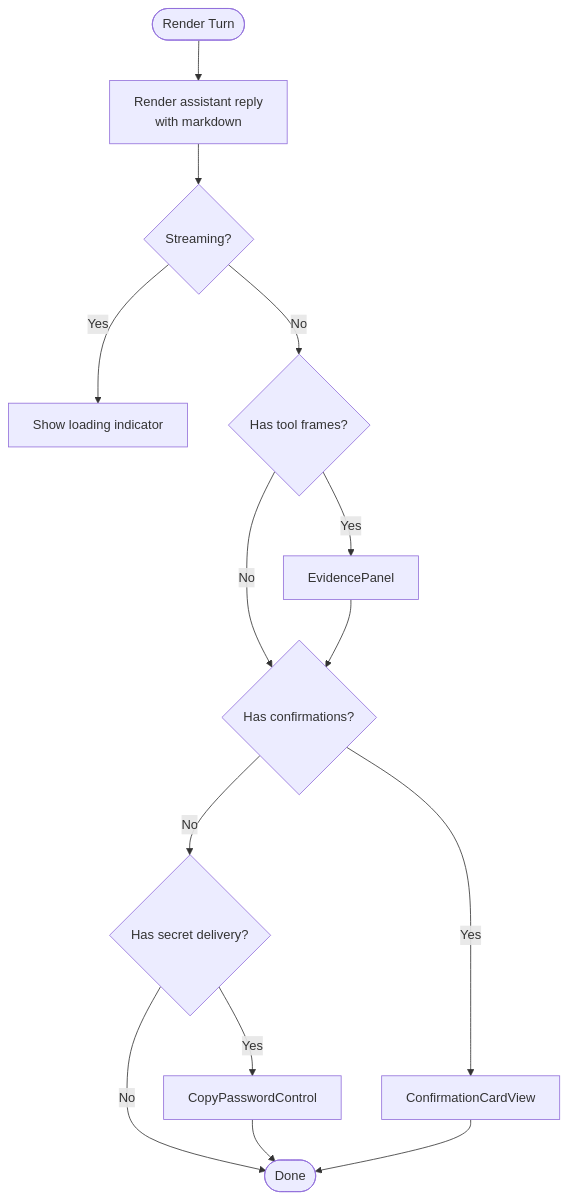
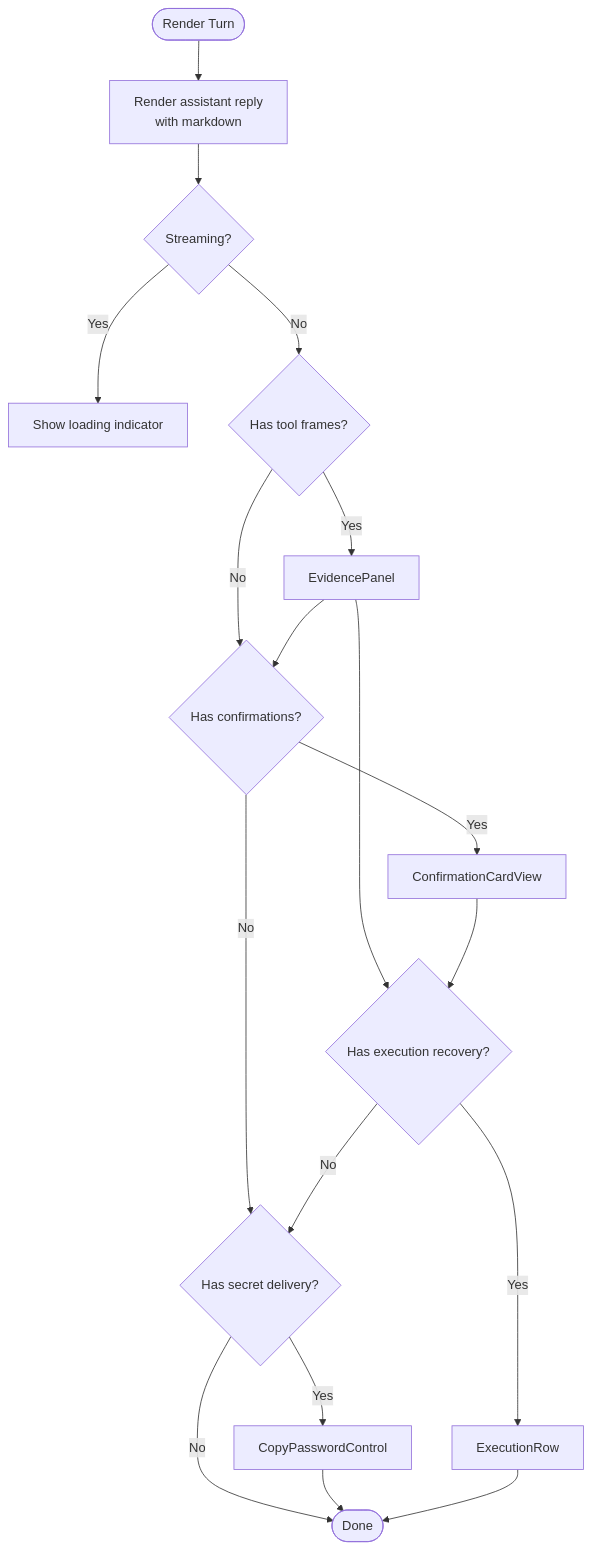
Before and after one commit to metasync/luban-aiops: the third of 11 diagrams in .qoder/repowiki/en/content/Operator Portal/Chat Interface/Chat Interface.md, drawn with Mermaid. The commit also changed other lines of this file and 19 other files, not shown here.

````diff
--- a/.qoder/repowiki/en/content/Operator Portal/Chat Interface/Chat Interface.md
+++ b/.qoder/repowiki/en/content/Operator Portal/Chat Interface/Chat Interface.md
@@ -188,16 +228,20 @@
 ```mermaid
 flowchart TD
 Start(["Render Turn"]) --> Reply["Render assistant reply<br/>with markdown"]
 Reply --> Loading{"Streaming?"}
 Loading --> |Yes| Spinner["Show loading indicator"]
 Loading --> |No| Evidence{"Has tool frames?"}
 Evidence --> |Yes| Evid["EvidencePanel"]
 Evidence --> |No| Confirm{"Has confirmations?"}
 Evid --> Confirm
 Confirm --> |Yes| Card["ConfirmationCardView"]
 Confirm --> |No| Secret{"Has secret delivery?"}
+Evid --> Exec{"Has execution recovery?"}
+Exec --> |Yes| ExecRow["ExecutionRow"]
+Exec --> |No| Secret
 Secret --> |Yes| CopyCtrl["CopyPasswordControl"]
 Secret --> |No| End(["Done"])
 CopyCtrl --> End
-Card --> End
+Card --> Exec
+ExecRow --> End
 ```
````
